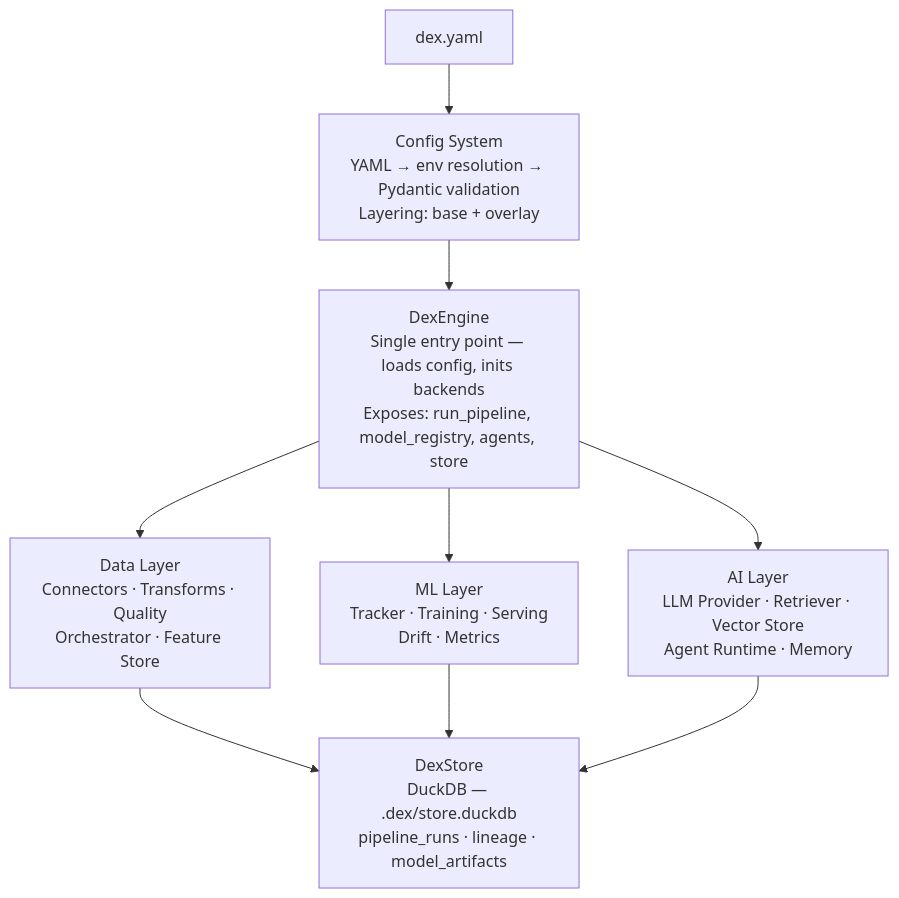
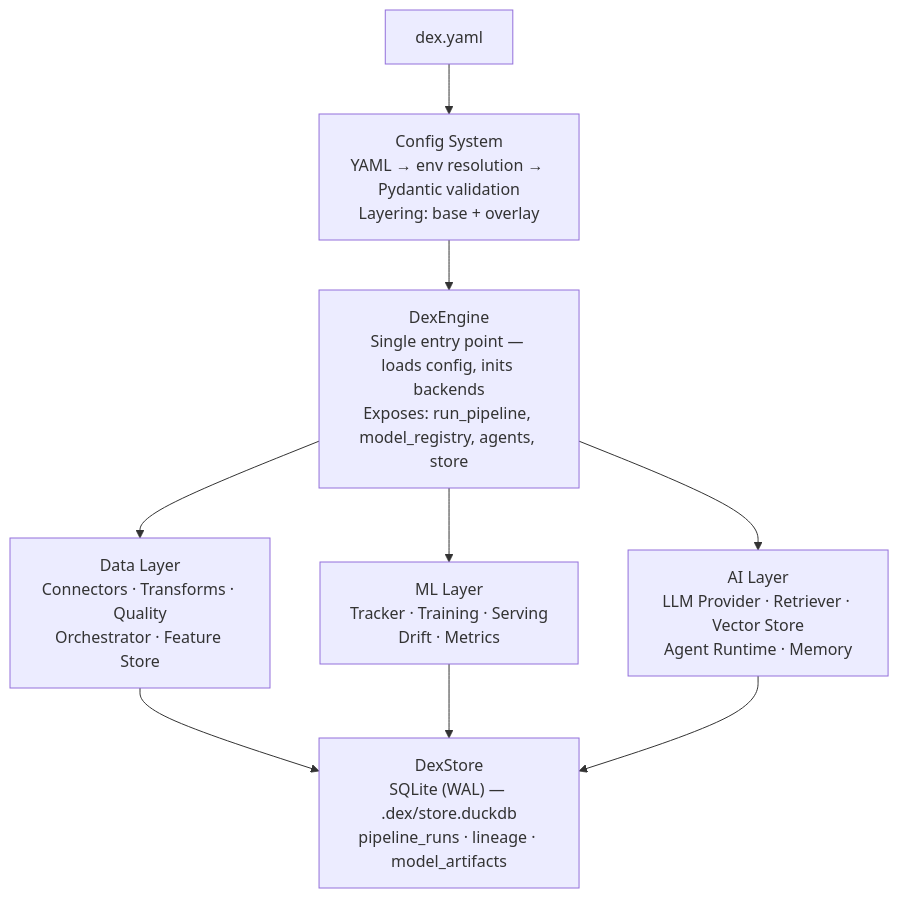
One commit to TheDataEngineX/dataenginex changed the first of 2 diagrams in docs/architecture.md. Above: the diagram before and after it, drawn with Mermaid. The commit also changed other lines of this file and 25 other files, not shown here.

````diff
--- a/docs/architecture.md
+++ b/docs/architecture.md
@@ -13,11 +13,11 @@
 ```mermaid
 graph TB
     YAML["dex.yaml"] --> ConfigSystem["Config System<br/>YAML → env resolution → Pydantic validation<br/>Layering: base + overlay"]
     ConfigSystem --> DexEngine["DexEngine<br/>Single entry point — loads config, inits backends<br/>Exposes: run_pipeline, model_registry, agents, store"]
     DexEngine --> Data["Data Layer<br/>Connectors · Transforms · Quality<br/>Orchestrator · Feature Store"]
     DexEngine --> ML["ML Layer<br/>Tracker · Training · Serving<br/>Drift · Metrics"]
     DexEngine --> AI["AI Layer<br/>LLM Provider · Retriever · Vector Store<br/>Agent Runtime · Memory"]
-    Data --> Store["DexStore<br/>DuckDB — .dex/store.duckdb<br/>pipeline_runs · lineage · model_artifacts"]
+    Data --> Store["DexStore<br/>SQLite (WAL) — .dex/store.duckdb<br/>pipeline_runs · lineage · model_artifacts"]
     ML --> Store
     AI --> Store
 ```
````
